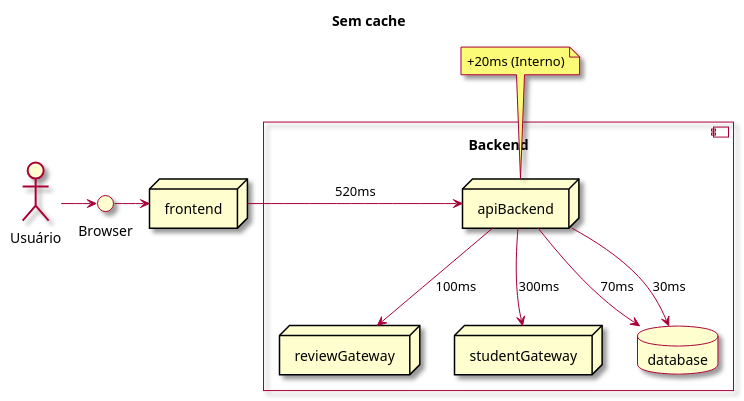
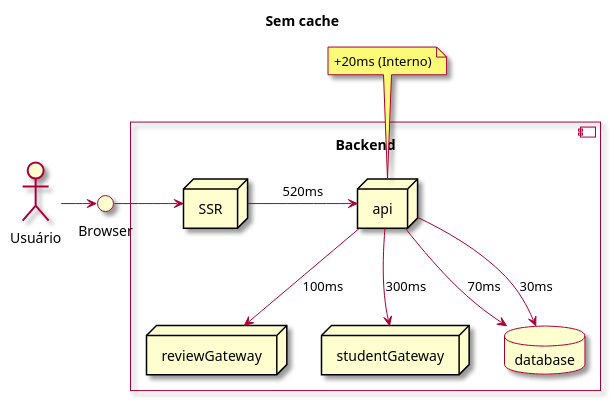
One commit to charlesardsilva/lecture-cache-content changed the diagram in docs/diagrams/request-sem-cache.plantuml. Above: the diagram before and after it, drawn with PlantUML. The commit also changed 11 other files, not shown here.

```diff
--- a/docs/diagrams/request-sem-cache.plantuml
+++ b/docs/diagrams/request-sem-cache.plantuml
@@ -1,30 +1,32 @@
 @startuml
 
 skin rose
 
 Title: Sem cache
 
 actor "Usuário" as actor
 interface "Browser" as browser
-node frontend
+
 
 actor -> browser
-browser -> frontend
+
 
 component "Backend\n" {
 
-  node "apiBackend" as backend
+  node SSR
+  node "api" as backend
   node reviewGateway as reviewGateway
   node studentGateway as studentGateway
   database database
 
+  browser -> SSR
   backend --> database: 70ms
   backend --> database: 30ms
   backend --> reviewGateway: 100ms
   backend --> studentGateway: 300ms
 }
 
-frontend -> backend: 520ms
+SSR -> backend: 520ms
 note top of backend: +20ms (Interno)
 
 @enduml
```
